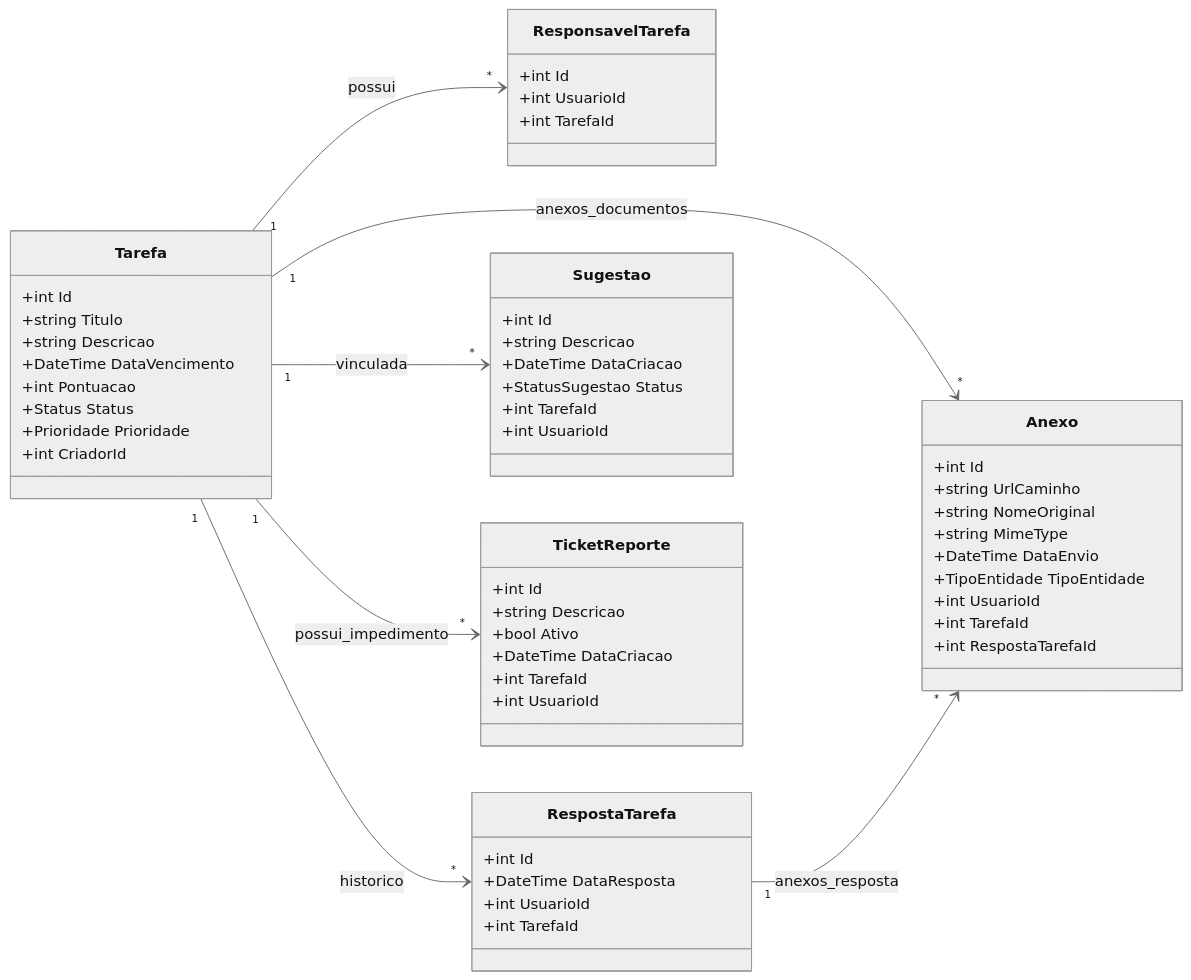
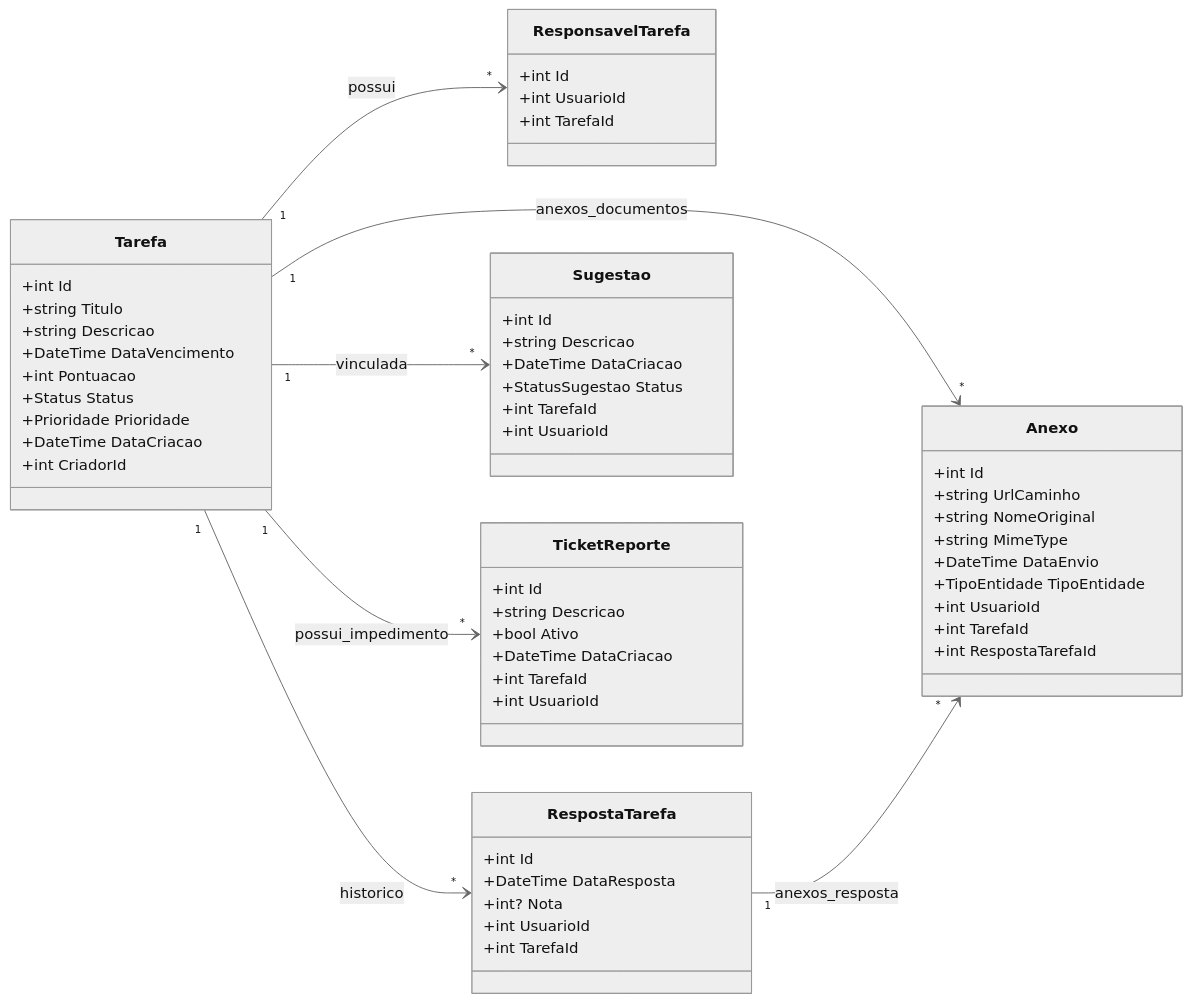
The third of 38 diagrams in DIAGRAMAS.md (aikovlr/Cortex-backend), drawn with Mermaid (neutral theme) before and after one commit. The commit also changed other lines of this file and 30 other files, not shown here.

````diff
--- a/DIAGRAMAS.md
+++ b/DIAGRAMAS.md
@@ -453,65 +493,67 @@
 ```mermaid
 classDiagram
     direction LR
 
     class Tarefa {
         +int Id
         +string Titulo
         +string Descricao
         +DateTime DataVencimento
         +int Pontuacao
         +Status Status
         +Prioridade Prioridade
+        +DateTime DataCriacao
         +int CriadorId
     }
 
     class ResponsavelTarefa {
         +int Id
         +int UsuarioId
         +int TarefaId
     }
 
     class RespostaTarefa {
         +int Id
         +DateTime DataResposta
+        +int? Nota
         +int UsuarioId
         +int TarefaId
     }
 
     class Sugestao {
         +int Id
         +string Descricao
         +DateTime DataCriacao
         +StatusSugestao Status
         +int TarefaId
         +int UsuarioId
     }
 
     class TicketReporte {
         +int Id
         +string Descricao
         +bool Ativo
         +DateTime DataCriacao
         +int TarefaId
         +int UsuarioId
     }
 
     class Anexo {
         +int Id
         +string UrlCaminho
         +string NomeOriginal
         +string MimeType
         +DateTime DataEnvio
         +TipoEntidade TipoEntidade
         +int UsuarioId
         +int TarefaId
         +int RespostaTarefaId
     }
 
     Tarefa "1" --> "*" ResponsavelTarefa : possui
     Tarefa "1" --> "*" RespostaTarefa : historico
     Tarefa "1" --> "*" Sugestao : vinculada
     Tarefa "1" --> "*" TicketReporte : possui_impedimento
     Tarefa "1" --> "*" Anexo : anexos_documentos
     RespostaTarefa "1" --> "*" Anexo : anexos_resposta
 ```
````
